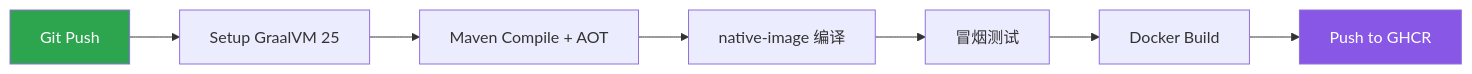
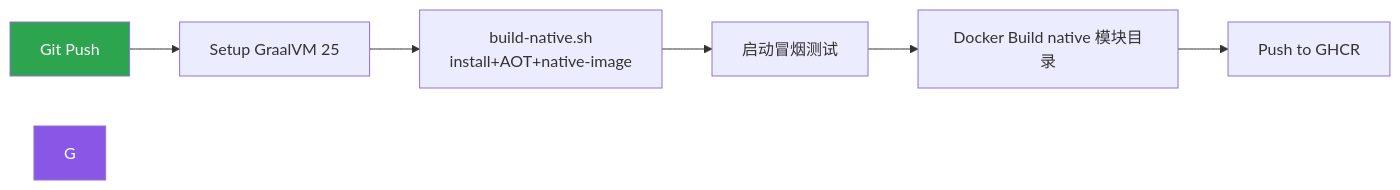
Before and after one commit to loveheng/stock-calculator-service: the third of 3 diagrams in README.md, drawn with Mermaid. The commit also changed other lines of this file and 17 other files, not shown here.

````diff
--- a/README.md
+++ b/README.md
@@ -252,12 +283,11 @@
 ```mermaid
 flowchart LR
     A[Git Push] --> B[Setup GraalVM 25]
-    B --> C[Maven Compile + AOT]
-    C --> D[native-image 编译]
-    D --> E[冒烟测试]
-    E --> F[Docker Build]
-    F --> G[Push to GHCR]
+    B --> C[build-native.sh<br/>install+AOT+native-image]
+    C --> D[启动冒烟测试]
+    D --> E[Docker Build native 模块目录]
+    E --> F[Push to GHCR]
 
     style A fill:#2da44e,color:#fff
     style G fill:#8957e5,color:#fff
 ```
````
